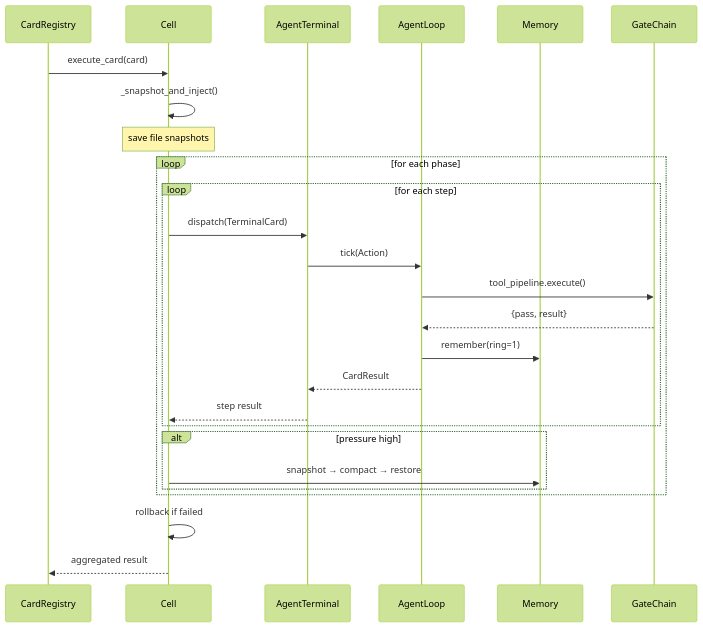
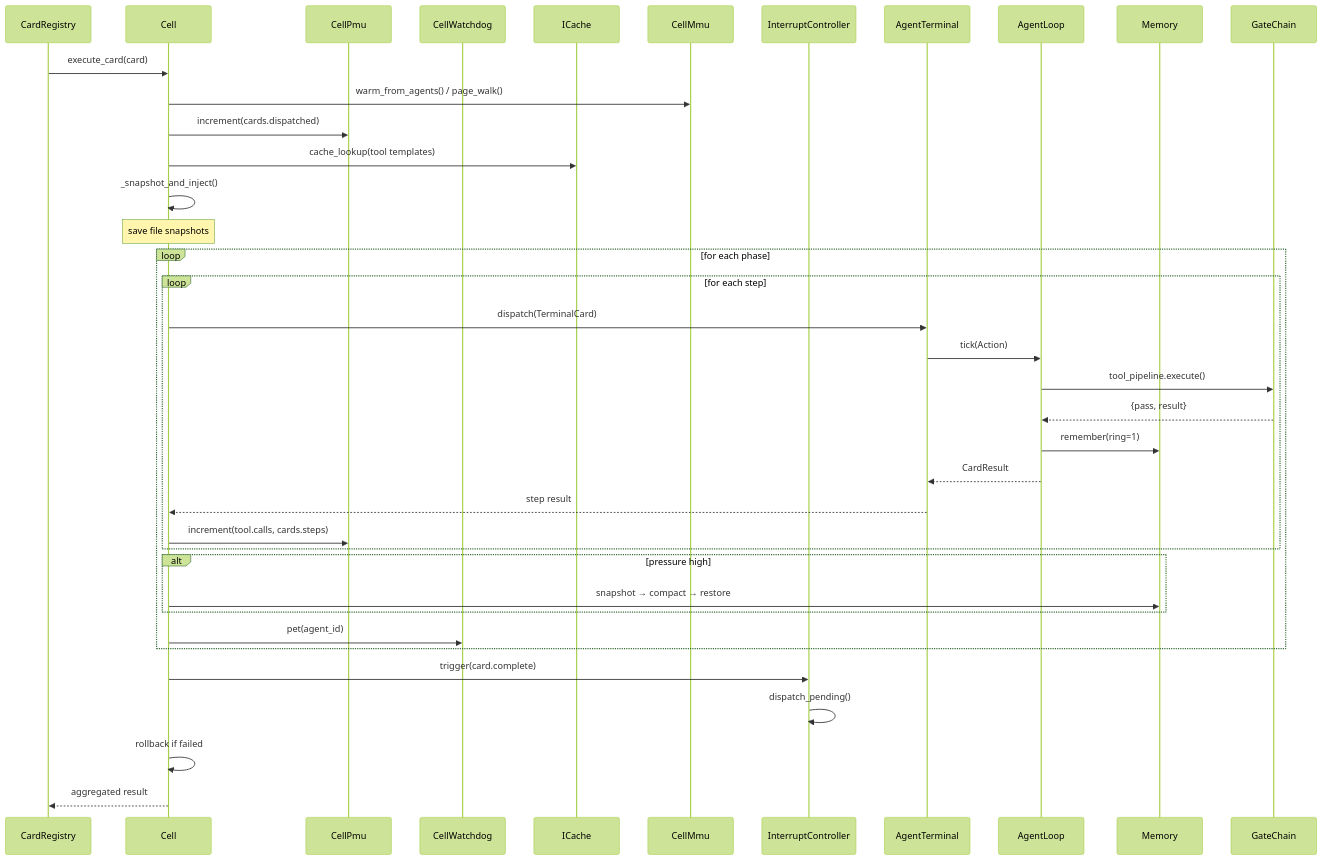
One commit to guilingzhouyi-creator/Praxis-Agent-OS changed the second of 2 diagrams in docs/architecture/deep-dive/cell-agent.md. Above: the diagram before and after it, drawn with Mermaid (forest theme). The commit also changed other lines of this file and 165 other files, not shown here.

````diff
--- a/docs/architecture/deep-dive/cell-agent.md
+++ b/docs/architecture/deep-dive/cell-agent.md
@@ -122,31 +150,43 @@
 ```mermaid
 sequenceDiagram
     participant REG as CardRegistry
     participant CELL as Cell
+    participant PMU as CellPmu
+    participant WD as CellWatchdog
+    participant IC as ICache
+    participant MMU as CellMmu
+    participant INT as InterruptController
     participant AGT as AgentTerminal
     participant AL as AgentLoop
     participant MEM as Memory
     participant GATE as GateChain
 
     REG->>CELL: execute_card(card)
+    CELL->>MMU: warm_from_agents() / page_walk()
+    CELL->>PMU: increment(cards.dispatched)
+    CELL->>IC: cache_lookup(tool templates)
     CELL->>CELL: _snapshot_and_inject()
     Note over CELL: save file snapshots
-    
+
     loop for each phase
         loop for each step
             CELL->>AGT: dispatch(TerminalCard)
             AGT->>AL: tick(Action)
             AL->>GATE: tool_pipeline.execute()
             GATE-->>AL: {pass, result}
             AL->>MEM: remember(ring=1)
             AL-->>AGT: CardResult
             AGT-->>CELL: step result
+            CELL->>PMU: increment(tool.calls, cards.steps)
         end
         alt pressure high
             CELL->>MEM: snapshot → compact → restore
         end
+        CELL->>WD: pet(agent_id)
     end
-    
+
+    CELL->>INT: trigger(card.complete)
+    INT->>INT: dispatch_pending()
     CELL->>CELL: rollback if failed
     CELL-->>REG: aggregated result
 ```
````
